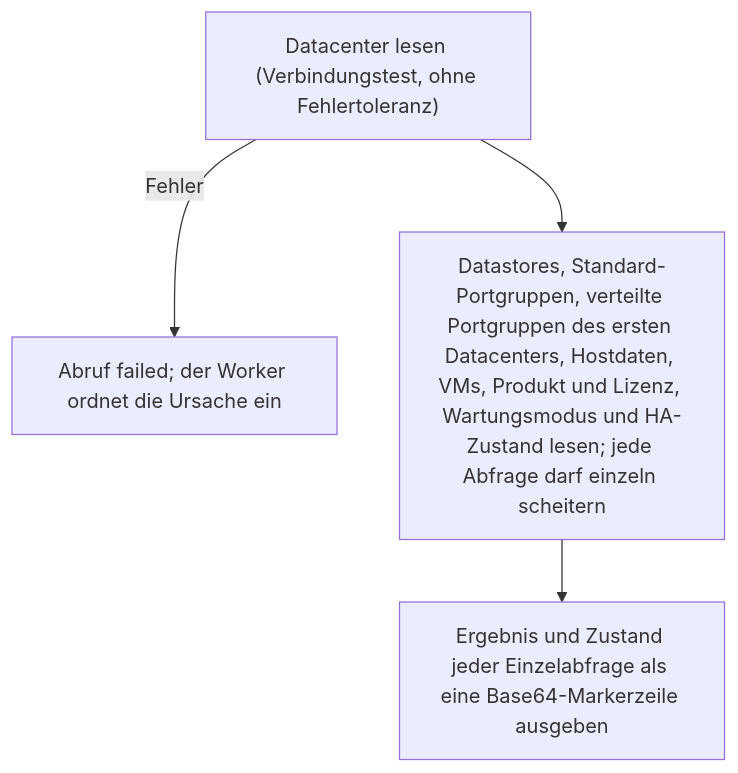
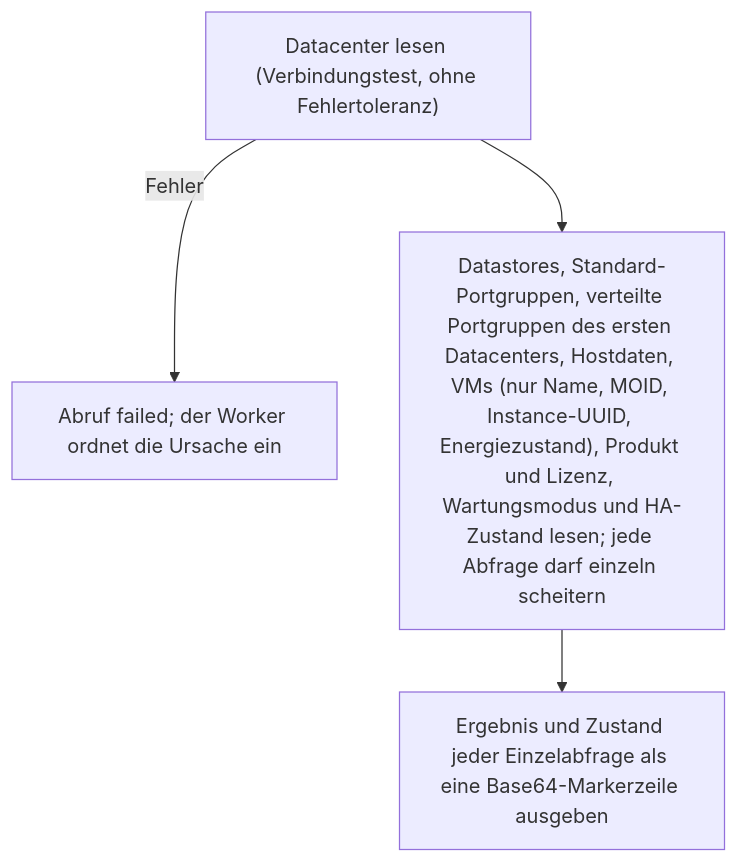
Before and after one commit to Samy94M/VirtuSphere-v2-WebApp: diagram 13 of 13 in docs/operations/deploy-flows.md, drawn with Mermaid. The commit also changed other lines of this file and 13 other files, not shown here.

````diff
--- a/docs/operations/deploy-flows.md
+++ b/docs/operations/deploy-flows.md
@@ -409,6 +411,6 @@
 ```mermaid
 flowchart TD
   A["Datacenter lesen (Verbindungstest, ohne Fehlertoleranz)"] -->|Fehler| AX["Abruf failed; der Worker ordnet die Ursache ein"]
-  A --> B["Datastores, Standard-Portgruppen, verteilte Portgruppen des ersten Datacenters, Hostdaten, VMs, Produkt und Lizenz, Wartungsmodus und HA-Zustand lesen; jede Abfrage darf einzeln scheitern"]
+  A --> B["Datastores, Standard-Portgruppen, verteilte Portgruppen des ersten Datacenters, Hostdaten, VMs (nur Name, MOID, Instance-UUID, Energiezustand), Produkt und Lizenz, Wartungsmodus und HA-Zustand lesen; jede Abfrage darf einzeln scheitern"]
   B --> C["Ergebnis und Zustand jeder Einzelabfrage als eine Base64-Markerzeile ausgeben"]
 ```
````
